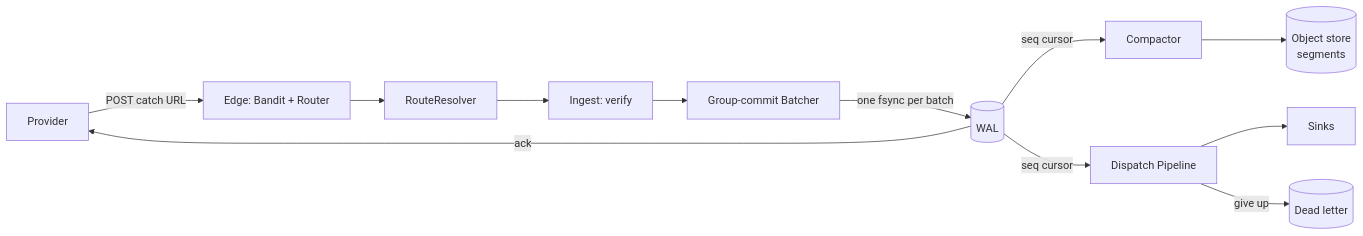
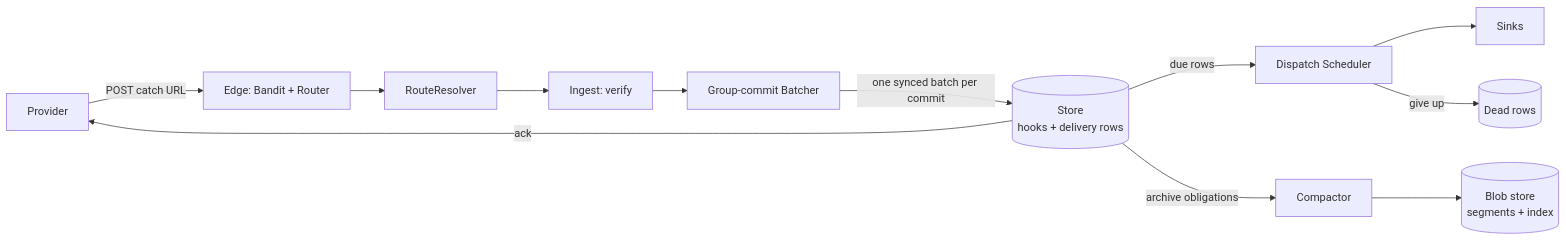
Before and after one commit to jamescarr/ankusa: the first of 6 diagrams in docs/architecture.md, drawn with Mermaid. The commit also changed other lines of this file and 129 other files, not shown here.

Commit message:
feat(store)!: one RocksDB store replaces the WAL, DLQ and state files (#54)

````diff
--- a/docs/architecture.md
+++ b/docs/architecture.md
@@ -43,14 +47,14 @@
 ```mermaid
 flowchart LR
     P[Provider] -->|POST catch URL| E[Edge: Bandit + Router]
     E --> RR[RouteResolver]
     RR --> IG[Ingest: verify]
     IG --> B[Group-commit Batcher]
-    B -->|one fsync per batch| W[(WAL)]
-    W -->|ack| P
-    W -->|seq cursor| C[Compactor]
-    W -->|seq cursor| D[Dispatch Pipeline]
-    C --> S[(Object store\nsegments)]
+    B -->|one synced batch per commit| S[(Store\nhooks + delivery rows)]
+    S -->|ack| P
+    S -->|due rows| D[Dispatch Scheduler]
+    S -->|archive obligations| C[Compactor]
+    C --> BS[(Blob store\nsegments + index)]
     D --> SK[Sinks]
-    D -->|give up| DLQ[(Dead letter)]
+    D -->|give up| DLQ[(Dead rows)]
 ```
````
